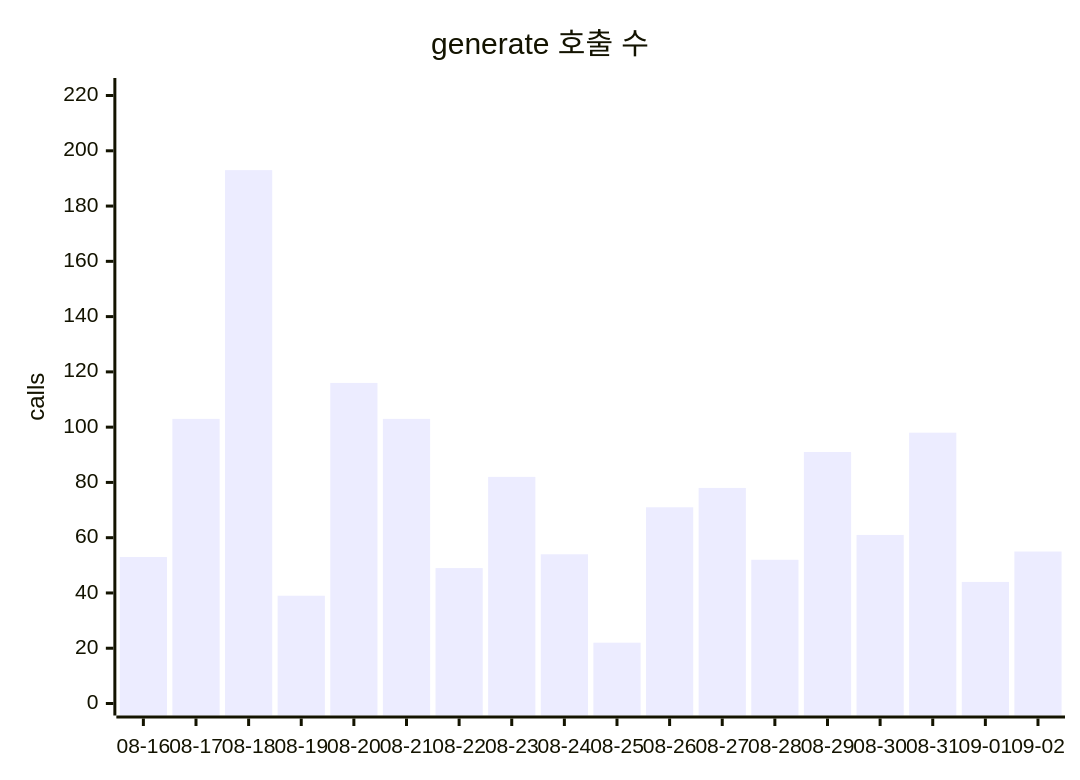
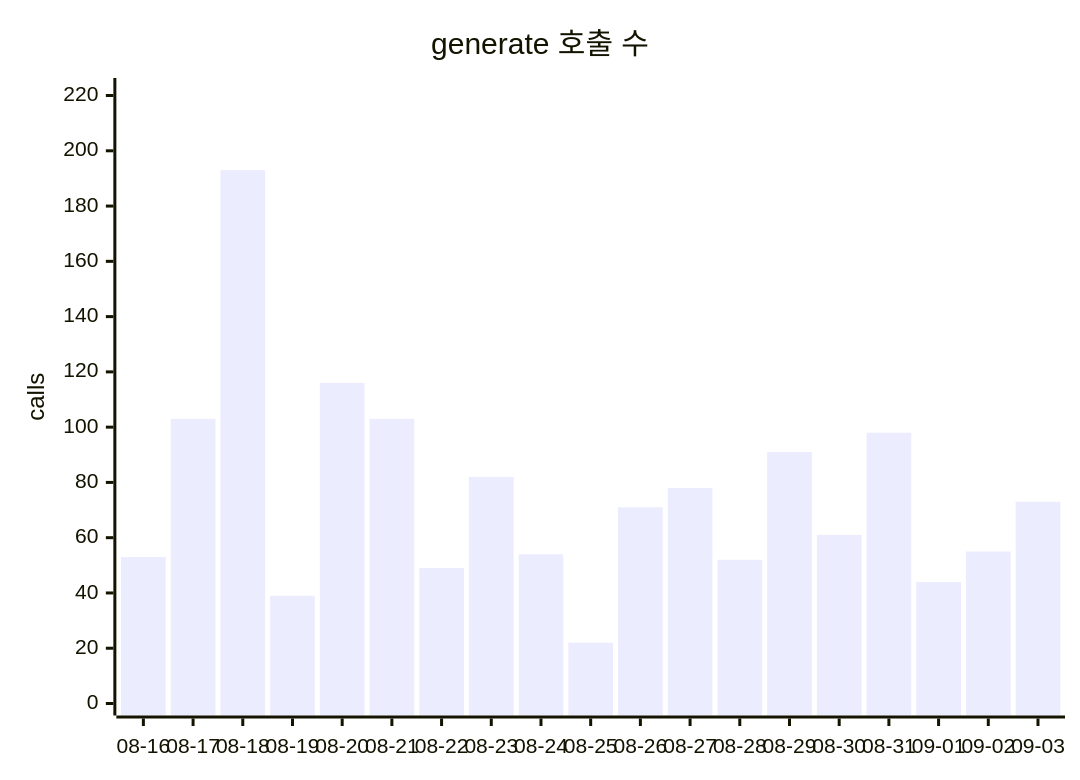
One commit to userri/PinQ-backend changed the first of 2 diagrams in docs/data/token-usage.md. Above: the diagram before and after it, drawn with Mermaid. The commit also changed other lines of this file and 3 other files, not shown here.

````diff
--- a/docs/data/token-usage.md
+++ b/docs/data/token-usage.md
@@ -86,7 +89,7 @@
 ```mermaid
 xychart-beta
     title "generate 호출 수"
-    x-axis ["08-16", "08-17", "08-18", "08-19", "08-20", "08-21", "08-22", "08-23", "08-24", "08-25", "08-26", "08-27", "08-28", "08-29", "08-30", "08-31", "09-01", "09-02"]
+    x-axis ["08-16", "08-17", "08-18", "08-19", "08-20", "08-21", "08-22", "08-23", "08-24", "08-25", "08-26", "08-27", "08-28", "08-29", "08-30", "08-31", "09-01", "09-02", "09-03"]
     y-axis "calls" 0 --> 222
-    bar [53, 103, 193, 39, 116, 103, 49, 82, 54, 22, 71, 78, 52, 91, 61, 98, 44, 55]
+    bar [53, 103, 193, 39, 116, 103, 49, 82, 54, 22, 71, 78, 52, 91, 61, 98, 44, 55, 73]
 ```
````
